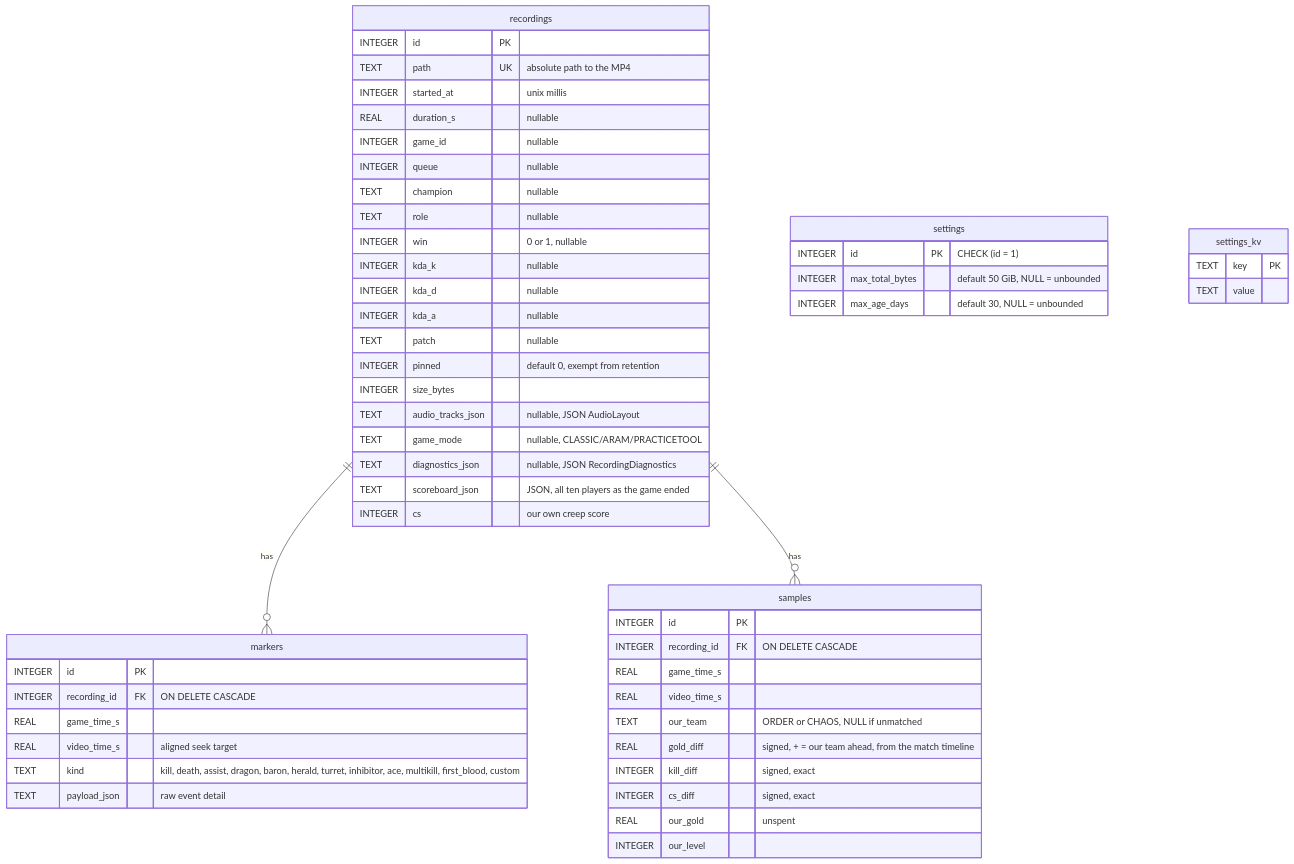
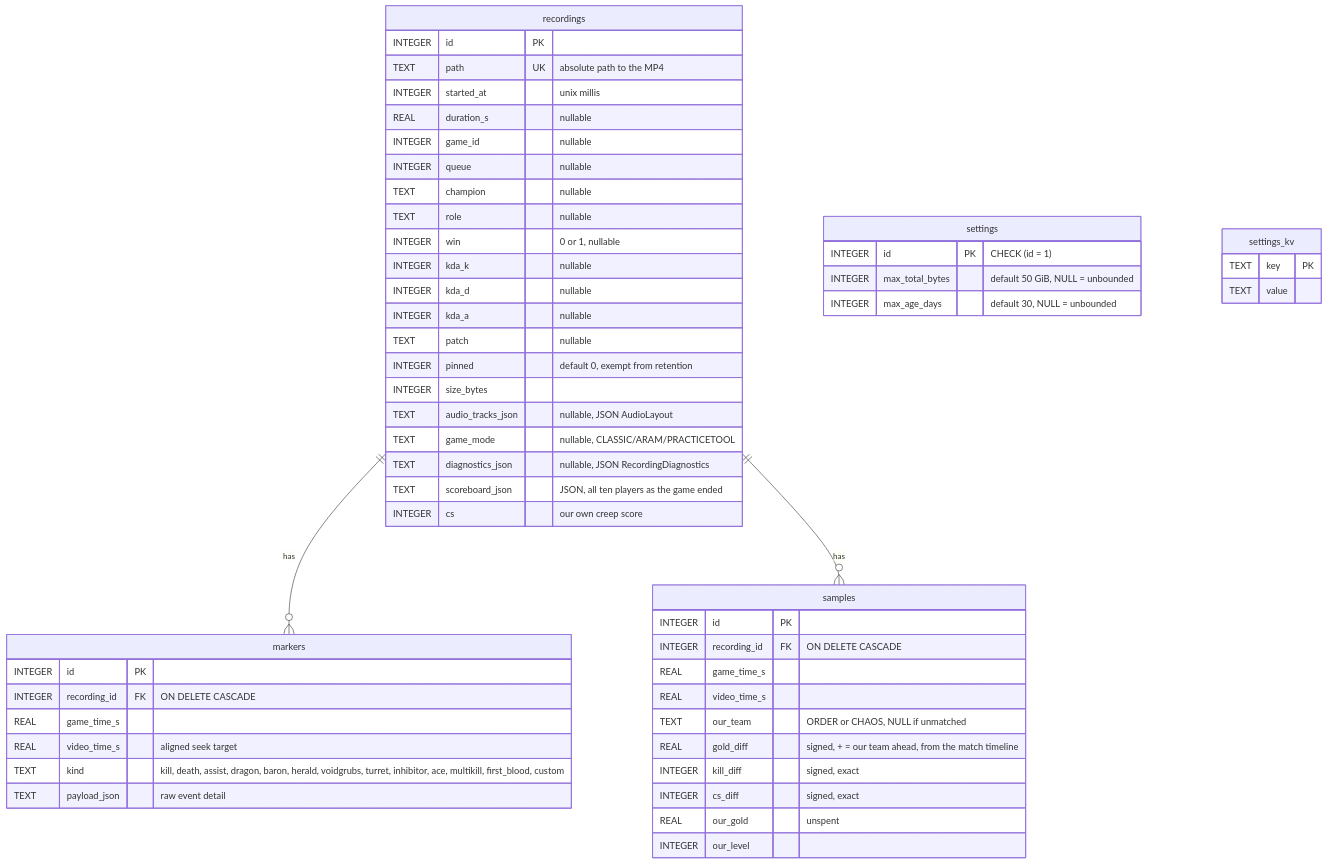
Before and after one commit to NinjaGoldfinch/ninja-recorder: the first of 3 diagrams in docs/data-model.md, drawn with Mermaid. The commit also changed 7 other files, not shown here.

````diff
--- a/docs/data-model.md
+++ b/docs/data-model.md
@@ -15,57 +15,57 @@
 ```mermaid
 erDiagram
     recordings ||--o{ markers : "has"
     recordings ||--o{ samples : "has"
 
     recordings {
         INTEGER id PK
         TEXT    path UK "absolute path to the MP4"
         INTEGER started_at "unix millis"
         REAL    duration_s "nullable"
         INTEGER game_id "nullable"
         INTEGER queue "nullable"
         TEXT    champion "nullable"
         TEXT    role "nullable"
         INTEGER win "0 or 1, nullable"
         INTEGER kda_k "nullable"
         INTEGER kda_d "nullable"
         INTEGER kda_a "nullable"
         TEXT    patch "nullable"
         INTEGER pinned "default 0, exempt from retention"
         INTEGER size_bytes
         TEXT    audio_tracks_json "nullable, JSON AudioLayout"
         TEXT    game_mode "nullable, CLASSIC/ARAM/PRACTICETOOL"
         TEXT    diagnostics_json "nullable, JSON RecordingDiagnostics"
         TEXT    scoreboard_json "JSON, all ten players as the game ended"
         INTEGER cs "our own creep score"
     }
     markers {
         INTEGER id PK
         INTEGER recording_id FK "ON DELETE CASCADE"
         REAL    game_time_s
         REAL    video_time_s "aligned seek target"
-        TEXT    kind "kill, death, assist, dragon, baron, herald, turret, inhibitor, ace, multikill, first_blood, custom"
+        TEXT    kind "kill, death, assist, dragon, baron, herald, voidgrubs, turret, inhibitor, ace, multikill, first_blood, custom"
         TEXT    payload_json "raw event detail"
     }
     samples {
         INTEGER id PK
         INTEGER recording_id FK "ON DELETE CASCADE"
         REAL    game_time_s
         REAL    video_time_s
         TEXT    our_team "ORDER or CHAOS, NULL if unmatched"
         REAL    gold_diff "signed, + = our team ahead, from the match timeline"
         INTEGER kill_diff "signed, exact"
         INTEGER cs_diff "signed, exact"
         REAL    our_gold "unspent"
         INTEGER our_level
     }
     settings {
         INTEGER id PK "CHECK (id = 1)"
         INTEGER max_total_bytes "default 50 GiB, NULL = unbounded"
         INTEGER max_age_days "default 30, NULL = unbounded"
     }
     settings_kv {
         TEXT key PK
         TEXT value
     }
 ```
````
